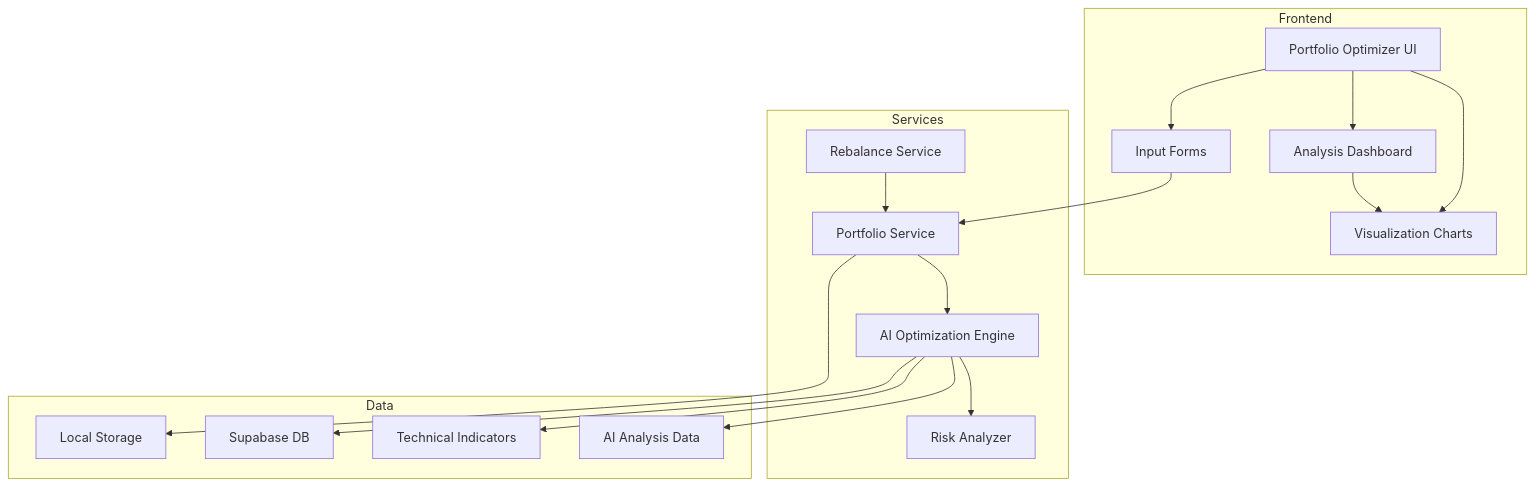
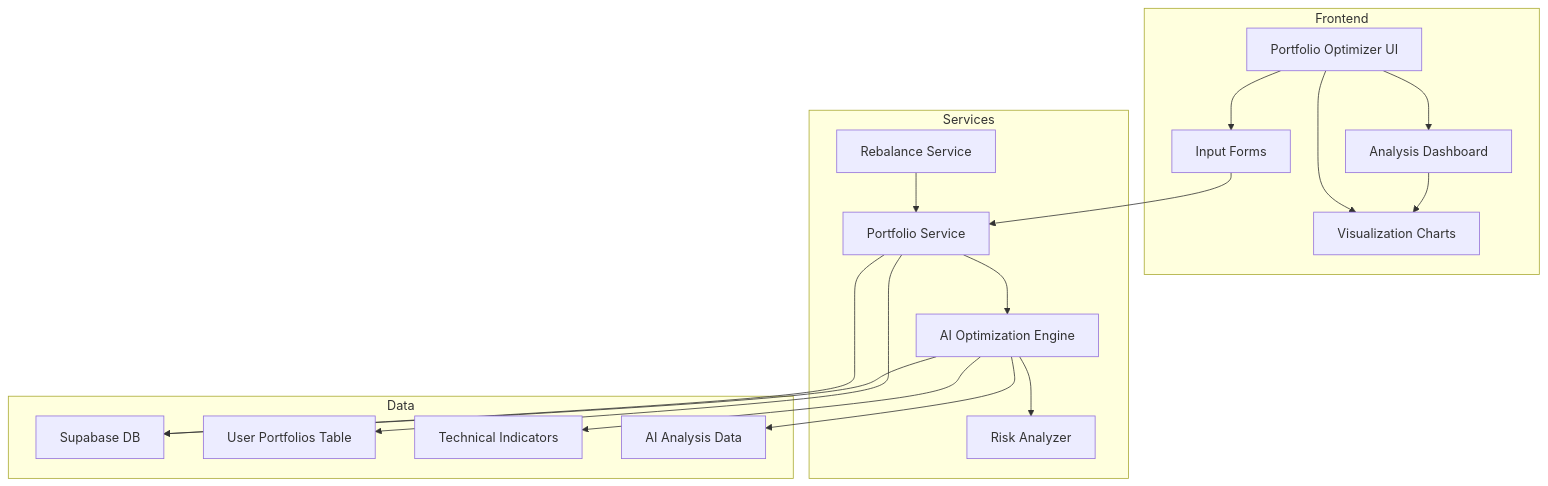
The diagram in .kiro/specs/ai-portfolio-optimizer/design.md (zenaistockvn/FINSENSEI-AI), drawn with Mermaid before and after one commit. The commit also changed other lines of this file and 29 other files, not shown here.

````diff
--- a/.kiro/specs/ai-portfolio-optimizer/design.md
+++ b/.kiro/specs/ai-portfolio-optimizer/design.md
@@ -9,39 +9,40 @@
 ```mermaid
 graph TB
     subgraph Frontend
         UI[Portfolio Optimizer UI]
         Forms[Input Forms]
         Charts[Visualization Charts]
         Dashboard[Analysis Dashboard]
     end
     
     subgraph Services
         PortfolioService[Portfolio Service]
         OptimizationEngine[AI Optimization Engine]
         RiskAnalyzer[Risk Analyzer]
         RebalanceService[Rebalance Service]
     end
     
     subgraph Data
-        LocalStorage[Local Storage]
         Supabase[Supabase DB]
+        UserPortfolios[User Portfolios Table]
         TechIndicators[Technical Indicators]
         AIAnalysis[AI Analysis Data]
     end
     
     UI --> Forms
     UI --> Charts
     UI --> Dashboard
     
     Forms --> PortfolioService
-    PortfolioService --> LocalStorage
+    PortfolioService --> Supabase
+    PortfolioService --> UserPortfolios
     PortfolioService --> OptimizationEngine
     
     OptimizationEngine --> RiskAnalyzer
     OptimizationEngine --> Supabase
     OptimizationEngine --> TechIndicators
     OptimizationEngine --> AIAnalysis
     
     RebalanceService --> PortfolioService
     Dashboard --> Charts
 ```
````
